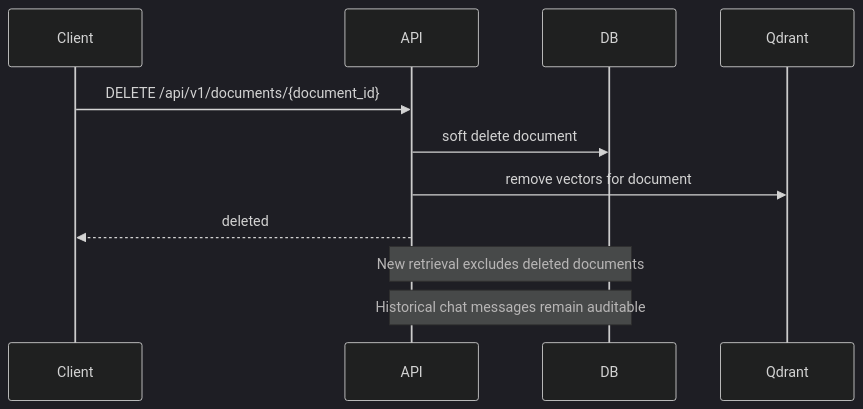
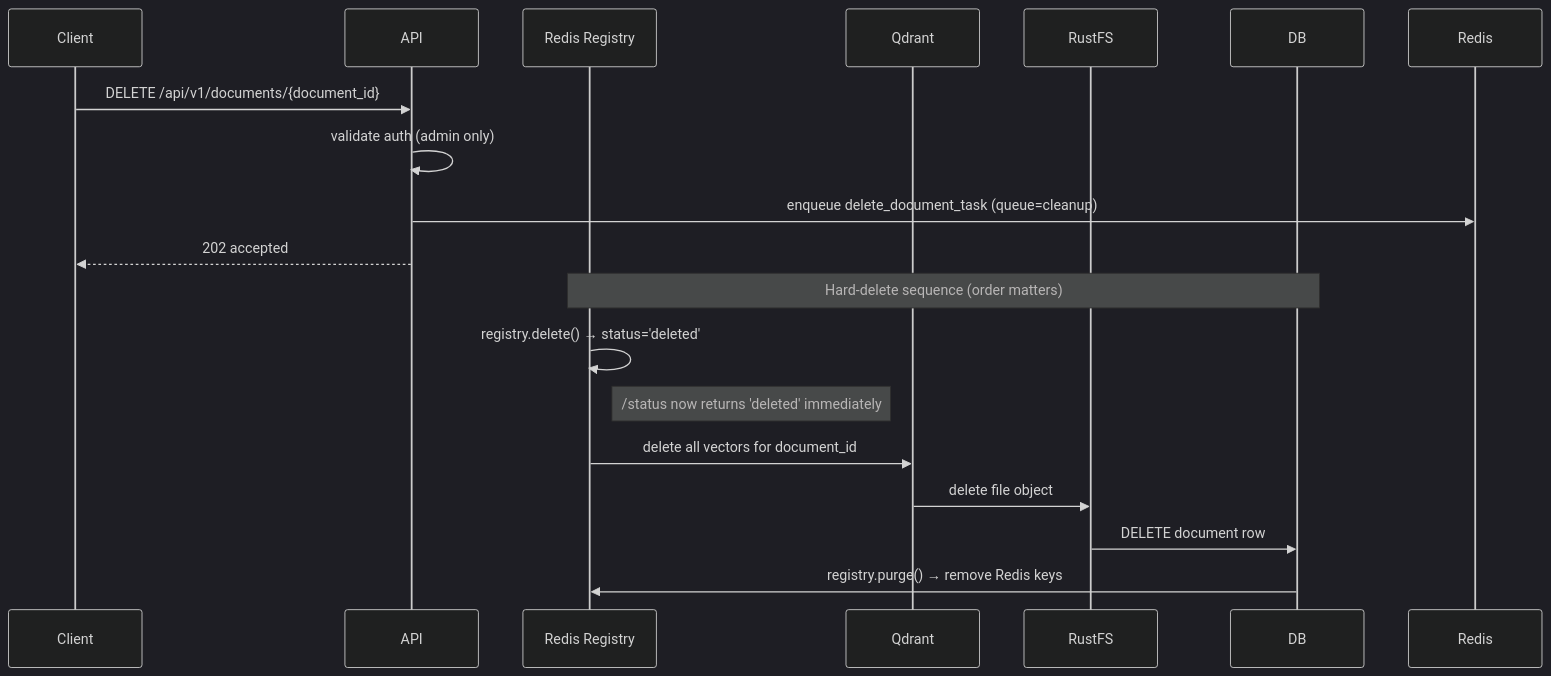
One commit to qtuanph/chatbot-rag changed the third of 3 diagrams in docs/03_CORE_WORKFLOWS.md. Above: the diagram before and after it, drawn with Mermaid (dark theme). The commit also changed other lines of this file and 28 other files, not shown here.

````diff
--- a/docs/03_CORE_WORKFLOWS.md
+++ b/docs/03_CORE_WORKFLOWS.md
@@ -80,15 +107,22 @@
 ```mermaid
 sequenceDiagram
     participant Client
     participant API
+    participant Registry as Redis Registry
+    participant Qdrant
+    participant RustFS
     participant DB
-    participant Qdrant
 
     Client->>API: DELETE /api/v1/documents/{document_id}
-    API->>DB: soft delete document
-    API->>Qdrant: remove vectors for document
-    API-->>Client: deleted
+    API->>API: validate auth (admin only)
+    API->>Redis: enqueue delete_document_task (queue=cleanup)
+    API-->>Client: 202 accepted
 
-    Note over API,DB: New retrieval excludes deleted documents
-    Note over API,DB: Historical chat messages remain auditable
+    Note over Registry,DB: Hard-delete sequence (order matters)
+    Registry->>Registry: registry.delete() → status='deleted'
+    Note right of Registry: /status now returns 'deleted' immediately
+    Registry->>Qdrant: delete all vectors for document_id
+    Qdrant->>RustFS: delete file object
+    RustFS->>DB: DELETE document row
+    DB->>Registry: registry.purge() → remove Redis keys
 ```
````
